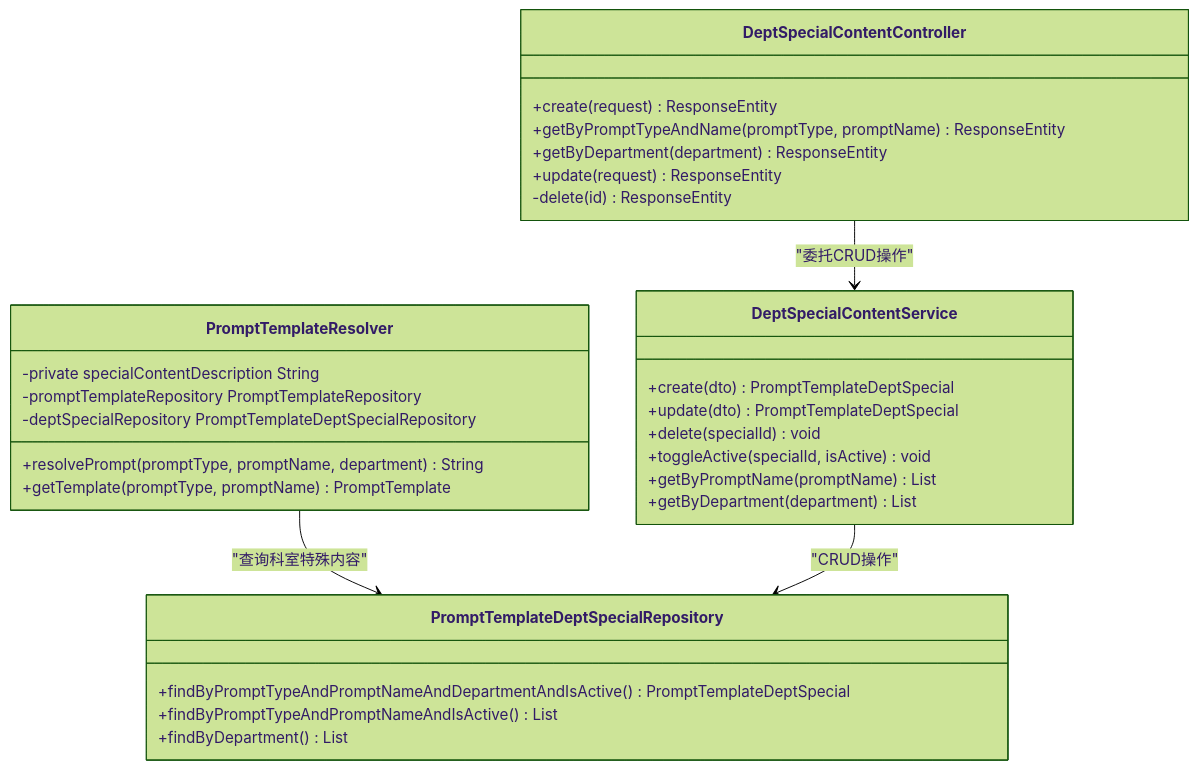
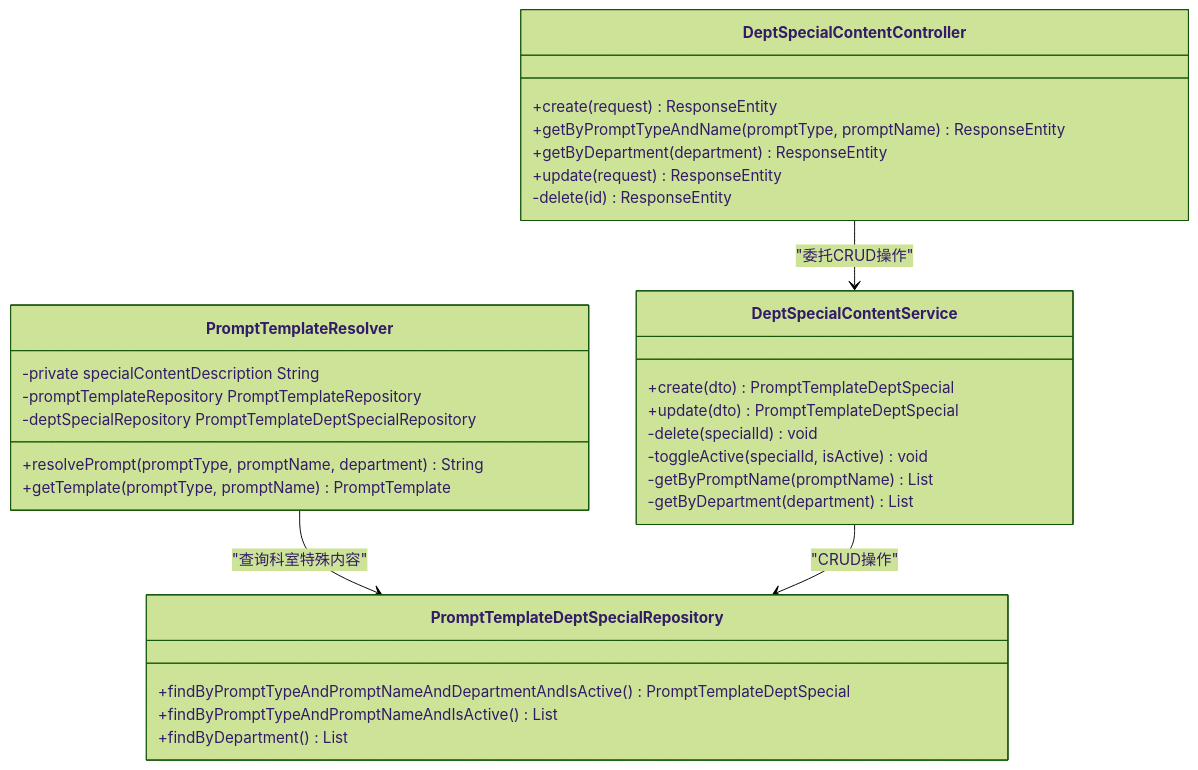
Before and after one commit to liuzh2008/med_ai_assistant_workspace: the first of 5 diagrams in .qoder/repowiki/zh/content/Development Environment Features/科室特殊内容解耦方案及TDD实施指南.md, drawn with Mermaid (forest theme). The commit also changed other lines of this file and 5 other files, not shown here.

````diff
--- a/.qoder/repowiki/zh/content/Development Environment Features/科室特殊内容解耦方案及TDD实施指南.md
+++ b/.qoder/repowiki/zh/content/Development Environment Features/科室特殊内容解耦方案及TDD实施指南.md
@@ -90,33 +97,33 @@
 ```mermaid
 classDiagram
 class PromptTemplateResolver {
 +resolvePrompt(promptType, promptName, department) String
 +getTemplate(promptType, promptName) PromptTemplate
 -private specialContentDescription String
 -promptTemplateRepository PromptTemplateRepository
 -deptSpecialRepository PromptTemplateDeptSpecialRepository
 }
 class DeptSpecialContentService {
 +create(dto) PromptTemplateDeptSpecial
 +update(dto) PromptTemplateDeptSpecial
-+delete(specialId) void
-+toggleActive(specialId, isActive) void
-+getByPromptName(promptName) List
-+getByDepartment(department) List
+-delete(specialId) void
+-toggleActive(specialId, isActive) void
+-getByPromptName(promptName) List
+-getByDepartment(department) List
 }
 class PromptTemplateDeptSpecialRepository {
 +findByPromptTypeAndPromptNameAndDepartmentAndIsActive() PromptTemplateDeptSpecial
 +findByPromptTypeAndPromptNameAndIsActive() List
 +findByDepartment() List
 }
 class DeptSpecialContentController {
 +create(request) ResponseEntity
 +getByPromptTypeAndName(promptType, promptName) ResponseEntity
 +getByDepartment(department) ResponseEntity
 +update(request) ResponseEntity
 -delete(id) ResponseEntity
 }
 PromptTemplateResolver --> PromptTemplateDeptSpecialRepository : "查询科室特殊内容"
 DeptSpecialContentService --> PromptTemplateDeptSpecialRepository : "CRUD操作"
 DeptSpecialContentController --> DeptSpecialContentService : "委托CRUD操作"
 ```
````
